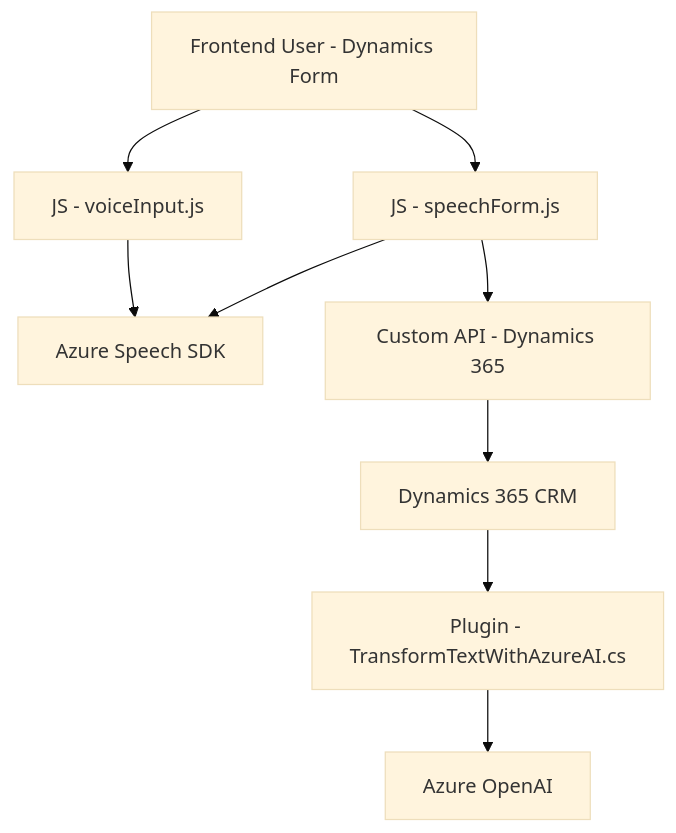
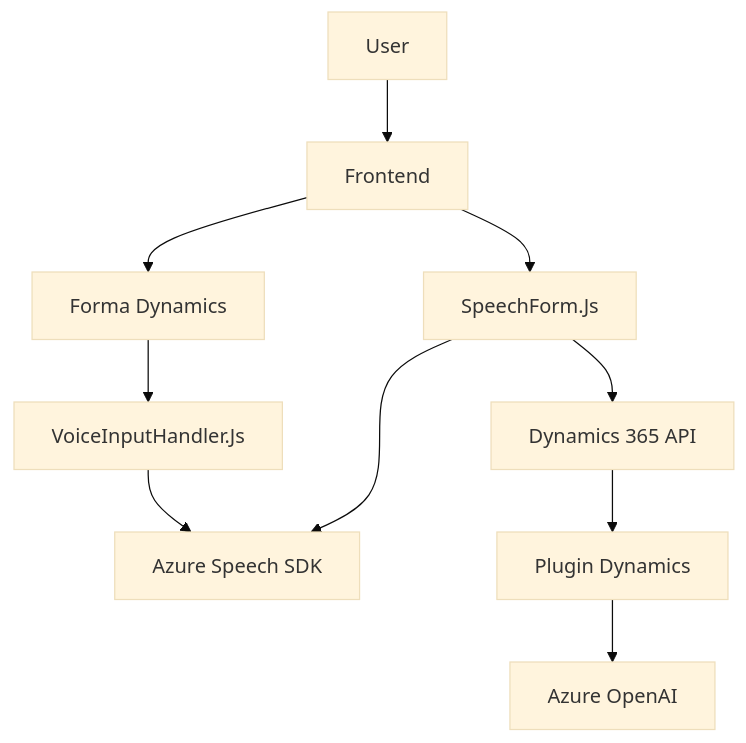
One commit to blopezdm/NETCORE_BILBAO2025 changed the diagram in README.md. Above: the diagram before and after it, drawn with Mermaid (base theme). The commit also changed other lines of this file, not shown here.

````diff
--- a/README.md
+++ b/README.md
@@ -32,11 +34,22 @@
 ```mermaid
 graph TD
-    A["Frontend User - Dynamics Form"] --> B["JS - voiceInput.js"]
-    A --> C["JS - speechForm.js"]
-    B --> D["Azure Speech SDK"]
-    C --> D
-    C --> E["Custom API - Dynamics 365"]
-    E --> F["Dynamics 365 CRM"]
-    F --> G["Plugin - TransformTextWithAzureAI.cs"]
-    G --> H["Azure OpenAI"]
+  A["User"]
+  B["Frontend"]
+  C["Forma Dynamics"]
+  D["VoiceInputHandler.Js"]
+  E["SpeechForm.Js"]
+  F["Azure Speech SDK"]
+  G["Dynamics 365 API"]
+  H["Plugin Dynamics"]
+  I["Azure OpenAI"]
+  
+  A --> B
+  B --> C
+  C --> D
+  B --> E
+  D --> F
+  E --> F
+  E --> G
+  G --> H
+  H --> I
 ```
````
